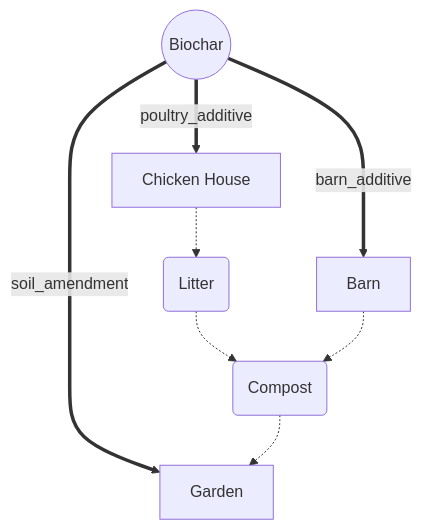
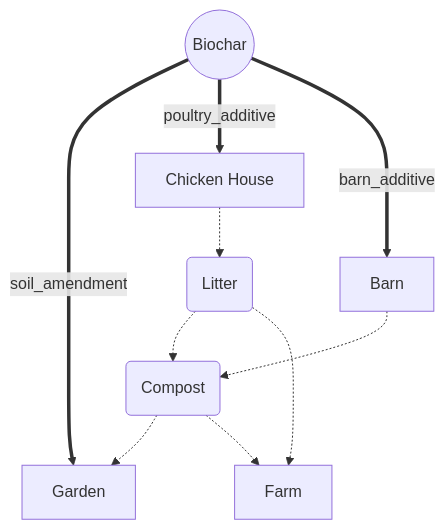
One commit to mobileraj/biocharhub changed the diagram in README.md. Above: the diagram before and after it, drawn with Mermaid. The commit also changed other lines of this file, not shown here.

Commit message:
mermaid diag

````diff
--- a/README.md
+++ b/README.md
@@ -6,16 +6,19 @@
 ```mermaid
 flowchart TD
     bc((Biochar))
     g[Garden]
     c[Chicken House]
     l(Litter)
     cp(Compost)
     b[Barn]
+    f[Farm]
     bc ==soil_amendment==>g
     bc ==poultry_additive==>c
     bc ==barn_additive==>b
     c -.-> l
     l -.-> cp
     cp -.-> g
     b -.-> cp
+    l -.-> f
+    cp -.-> f
 ```
````
